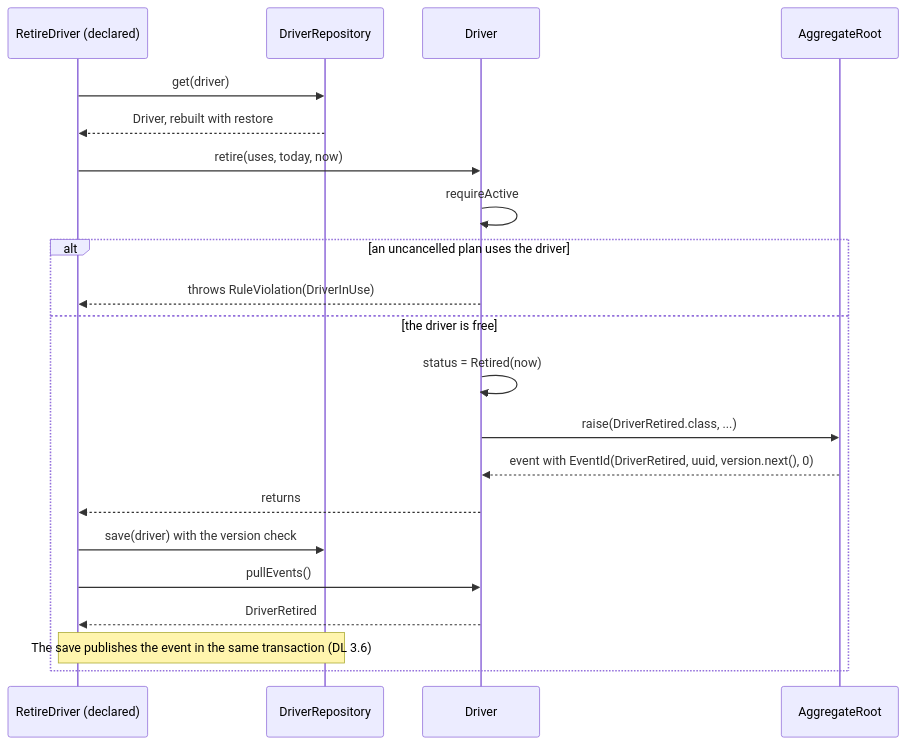
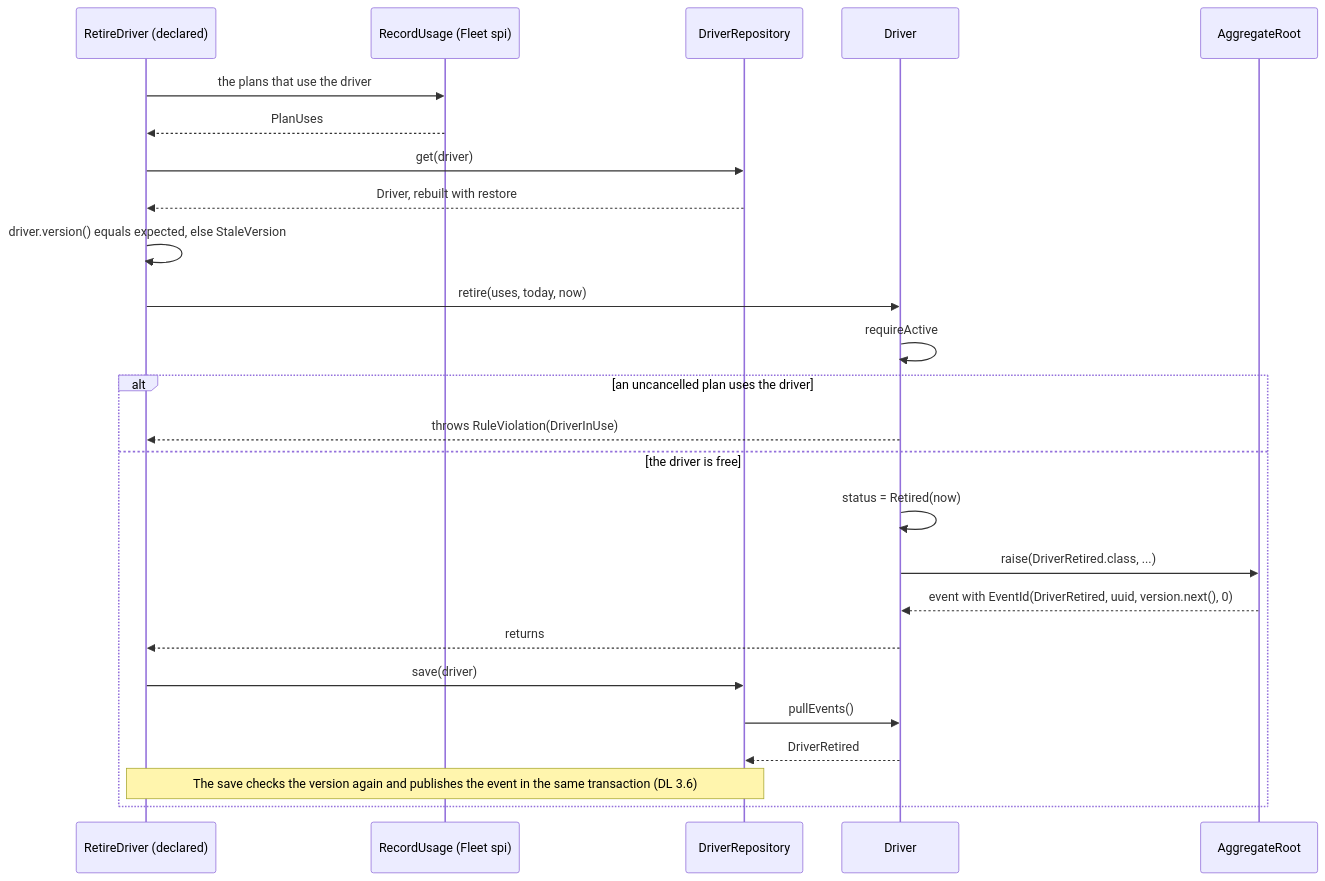
The fifth of 29 diagrams in docs/architecture/domain_layer/domain_layer_visual_guide.md (NaimElijah/DispatchFlow), drawn with Mermaid before and after one commit. The commit also changed other lines of this file and 3 other files, not shown here.

First line of the commit message:
docs(architecture): correct the domain guide and link it

````diff
--- a/docs/architecture/domain_layer/domain_layer_visual_guide.md
+++ b/docs/architecture/domain_layer/domain_layer_visual_guide.md
@@ -460,23 +464,27 @@
 ```mermaid
 sequenceDiagram
   participant UC as RetireDriver (declared)
+  participant Use as RecordUsage (Fleet spi)
   participant Repo as DriverRepository
   participant D as Driver
   participant Root as AggregateRoot
+  UC->>Use: the plans that use the driver
+  Use-->>UC: PlanUses
   UC->>Repo: get(driver)
   Repo-->>UC: Driver, rebuilt with restore
+  UC->>UC: driver.version() equals expected, else StaleVersion
   UC->>D: retire(uses, today, now)
   D->>D: requireActive
   alt an uncancelled plan uses the driver
     D-->>UC: throws RuleViolation(DriverInUse)
   else the driver is free
     D->>D: status = Retired(now)
     D->>Root: raise(DriverRetired.class, ...)
     Root-->>D: event with EventId(DriverRetired, uuid, version.next(), 0)
     D-->>UC: returns
-    UC->>Repo: save(driver) with the version check
-    UC->>D: pullEvents()
-    D-->>UC: DriverRetired
-    Note over UC,Repo: The save publishes the event in the same transaction (DL 3.6)
+    UC->>Repo: save(driver)
+    Repo->>D: pullEvents()
+    D-->>Repo: DriverRetired
+    Note over UC,Repo: The save checks the version again and publishes the event in the same transaction (DL 3.6)
   end
 ```
````
